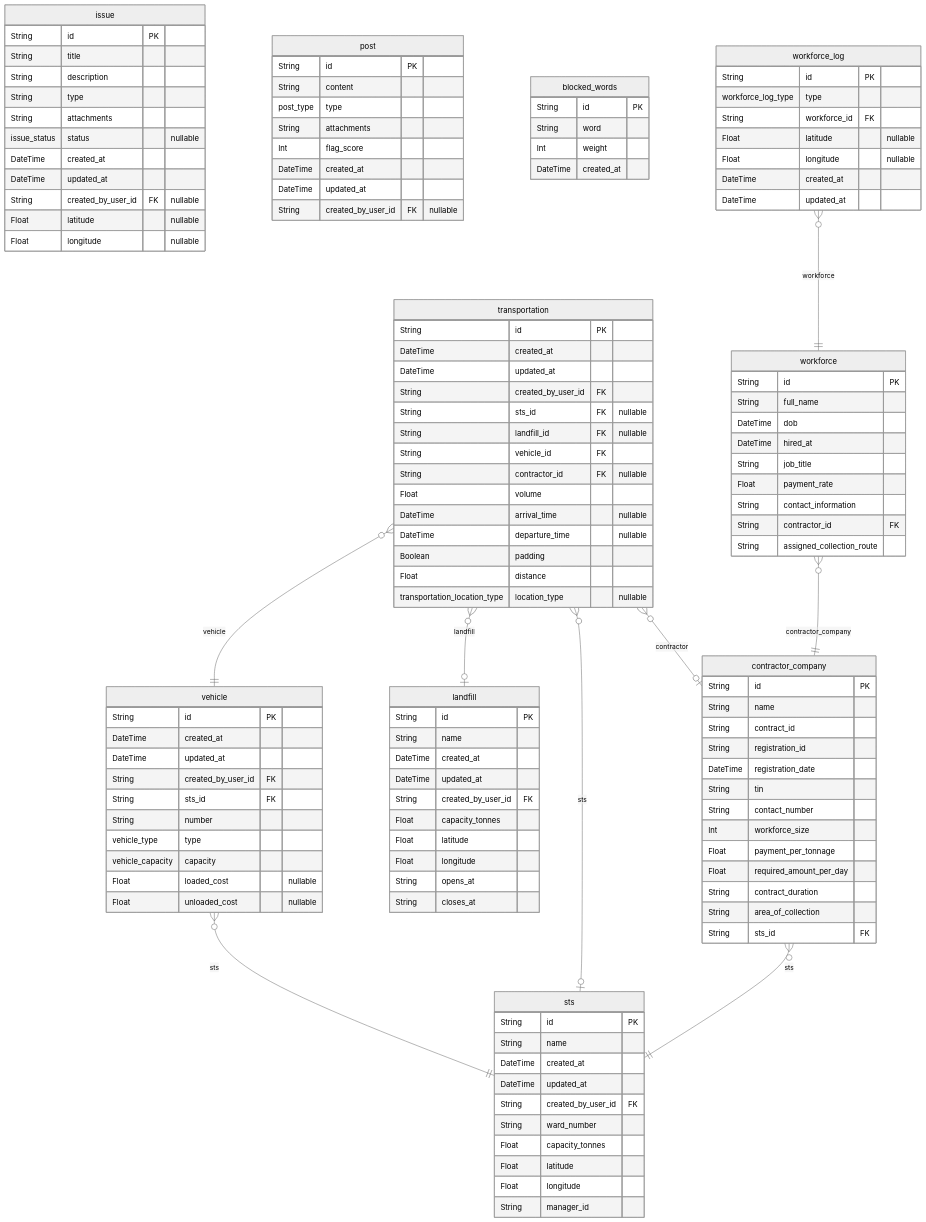
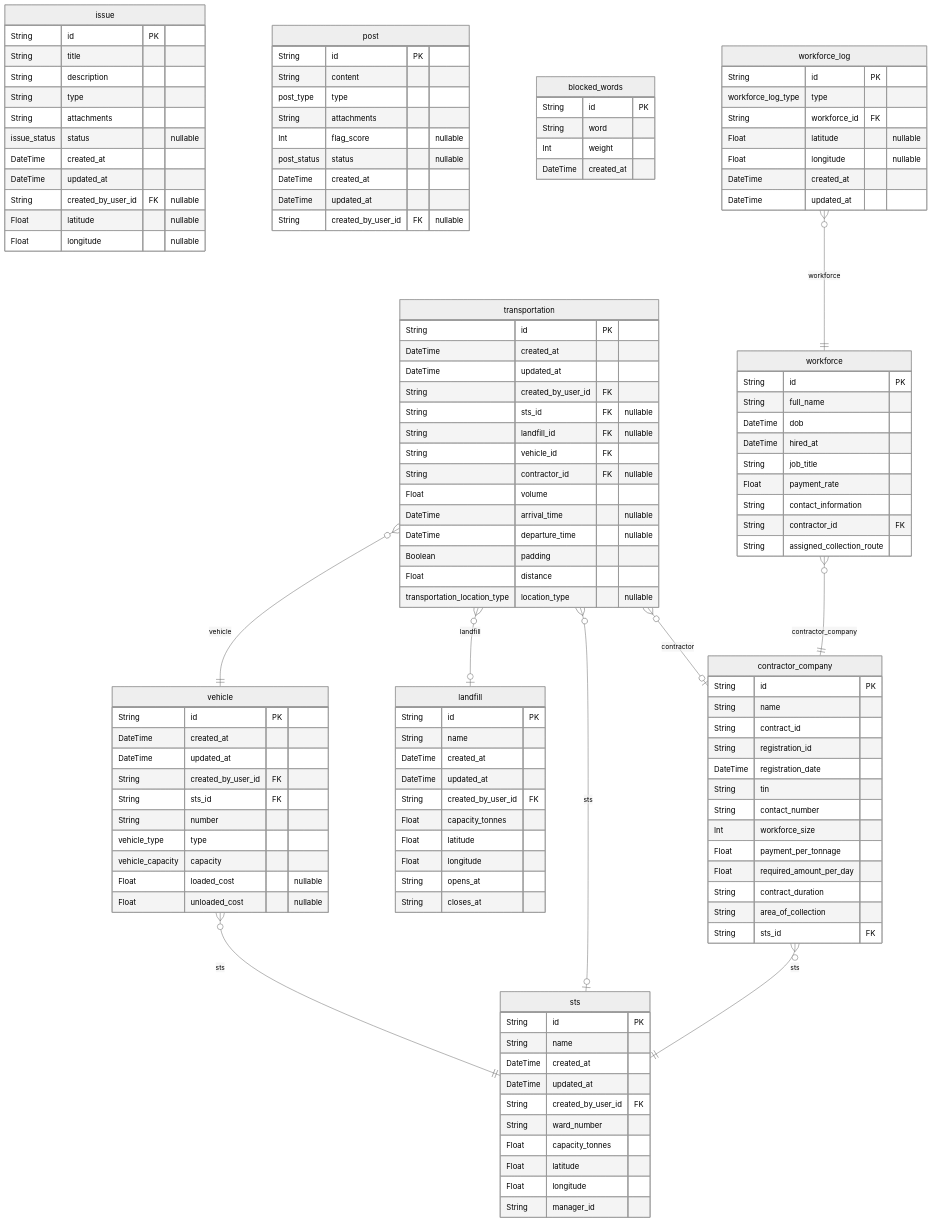
One commit to nurulhudaapon/codesamurai-final changed the third of 3 diagrams in packages/db/README.md. Above: the diagram before and after it, drawn with Mermaid (neutral theme). The commit also changed other lines of this file and 6 other files, not shown here.

```diff
--- a/packages/db/README.md
+++ b/packages/db/README.md
@@ -185,7 +185,8 @@
   String content
   post_type type
   String attachments
-  Int flag_score
+  Int flag_score "nullable"
+  post_status status "nullable"
   DateTime created_at
   DateTime updated_at
   String created_by_user_id FK "nullable"
```
